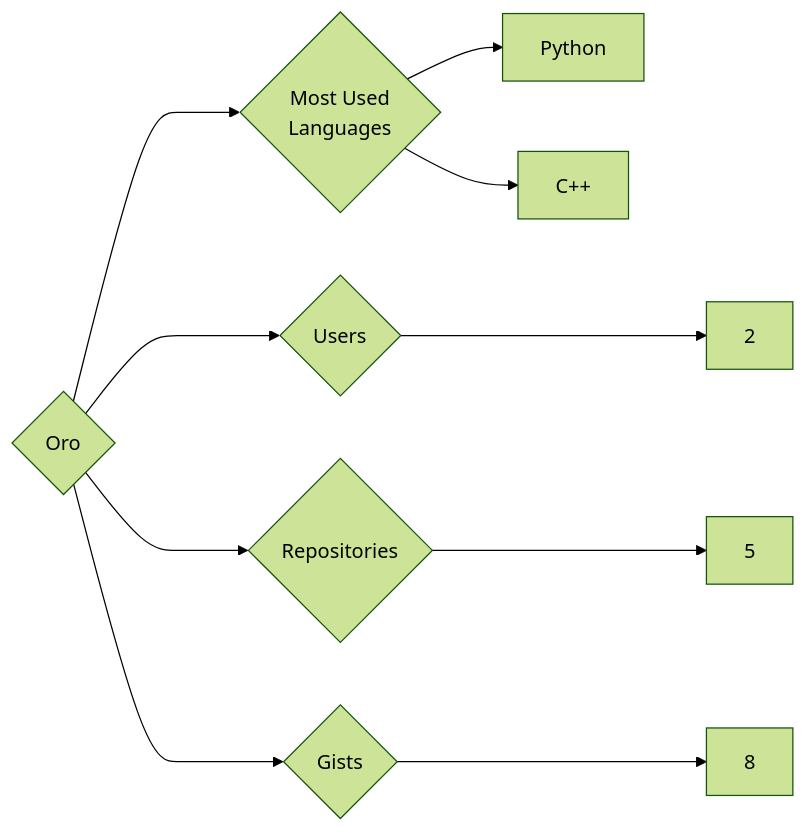
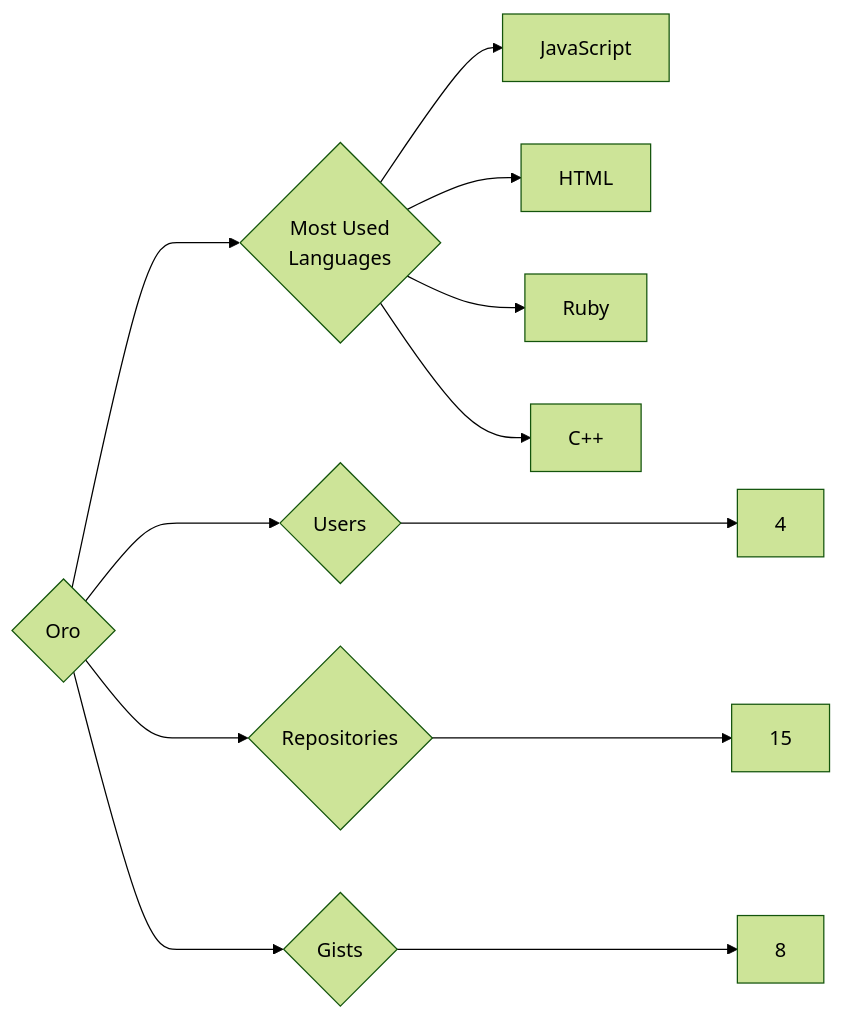
One commit to trickest/insiders changed the diagram in targets/Oro/README.md. Above: the diagram before and after it, drawn with Mermaid (forest theme). The commit also changed 770 other files, not shown here.

````diff
--- a/targets/Oro/README.md
+++ b/targets/Oro/README.md
@@ -3,10 +3,12 @@
 ```mermaid
 graph LR
 COMPANY_NAME{Oro}
-COMPANY_NAME ---> U{Users} ---> UN[2]
-COMPANY_NAME ---> R{Repositories} ---> RN[5]
+COMPANY_NAME ---> U{Users} ---> UN[4]
+COMPANY_NAME ---> R{Repositories} ---> RN[15]
 COMPANY_NAME ---> G{Gists} ---> GN[8]
 COMPANY_NAME ---> ML{Most Used<br>Languages}
-ML --> Python[Python]
+ML --> JavaScript[JavaScript]
+ML --> HTML[HTML]
+ML --> Ruby[Ruby]
 ML --> C++[C++]
 ```
````
